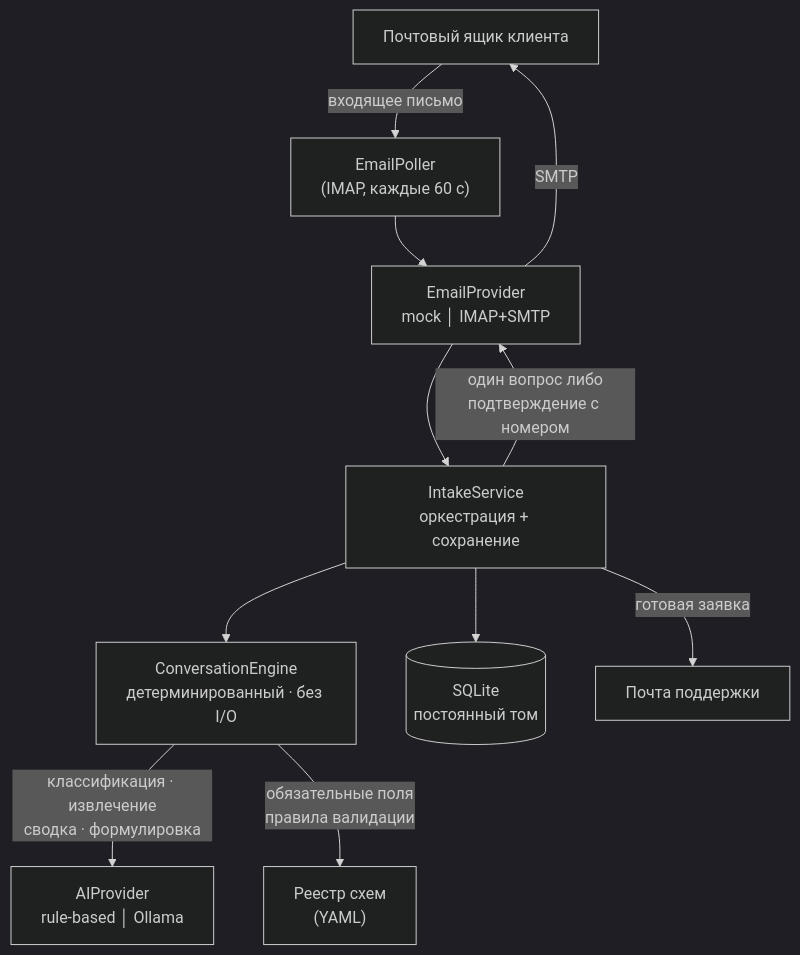
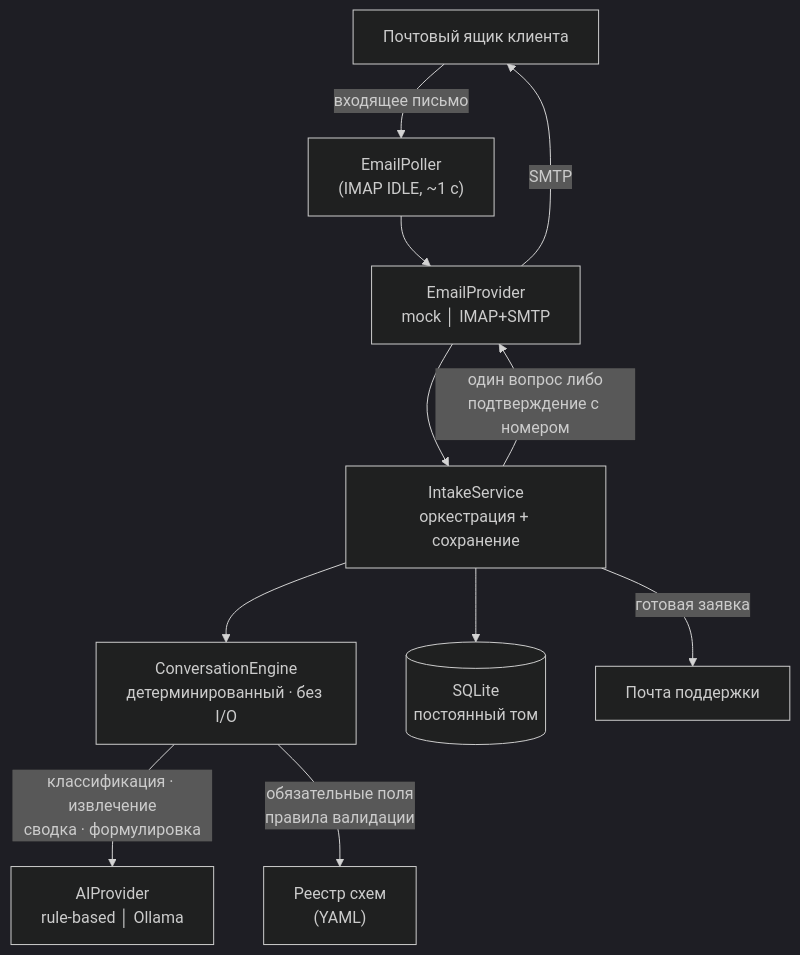
The diagram in README.ru.md (Karheily-Salam/complaint-intake-system), drawn with Mermaid (dark theme) before and after one commit. The commit also changed other lines of this file and 91 other files, not shown here.

````diff
--- a/README.ru.md
+++ b/README.ru.md
@@ -96,20 +100,20 @@
 ```mermaid
 flowchart TD
     C["Почтовый ящик клиента"]
-    P["EmailPoller<br/>(IMAP, каждые 60 с)"]
+    P["EmailPoller<br/>(IMAP IDLE, ~1 с)"]
     EP["EmailProvider<br/>mock │ IMAP+SMTP"]
     I["IntakeService<br/>оркестрация + сохранение"]
     E["ConversationEngine<br/>детерминированный · без I/O"]
     AI["AIProvider<br/>rule-based │ Ollama"]
     R["Реестр схем<br/>(YAML)"]
     DB[("SQLite<br/>постоянный том")]
     S["Почта поддержки"]
 
     C -->|входящее письмо| P --> EP --> I
     I --> E
     E -->|классификация · извлечение<br/>сводка · формулировка| AI
     E -->|обязательные поля<br/>правила валидации| R
     I --> DB
     I -->|один вопрос либо<br/>подтверждение с номером| EP -->|SMTP| C
     I -->|готовая заявка| S
 ```
````
